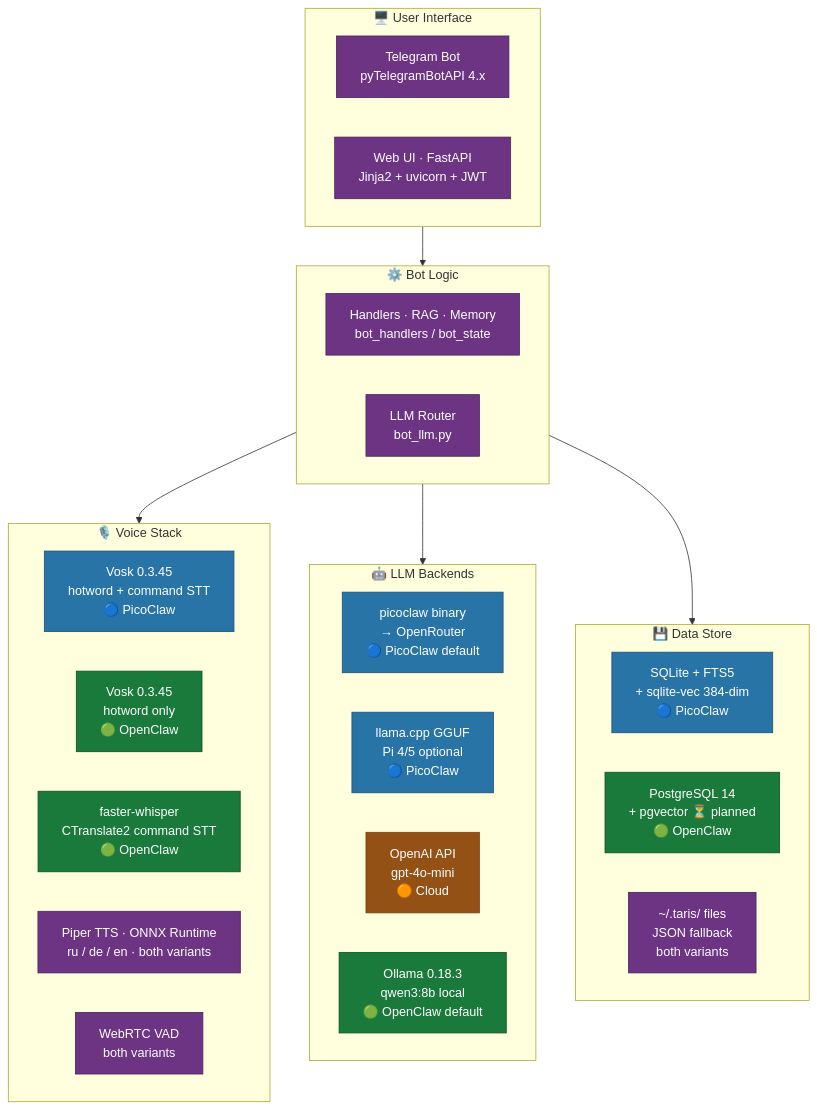
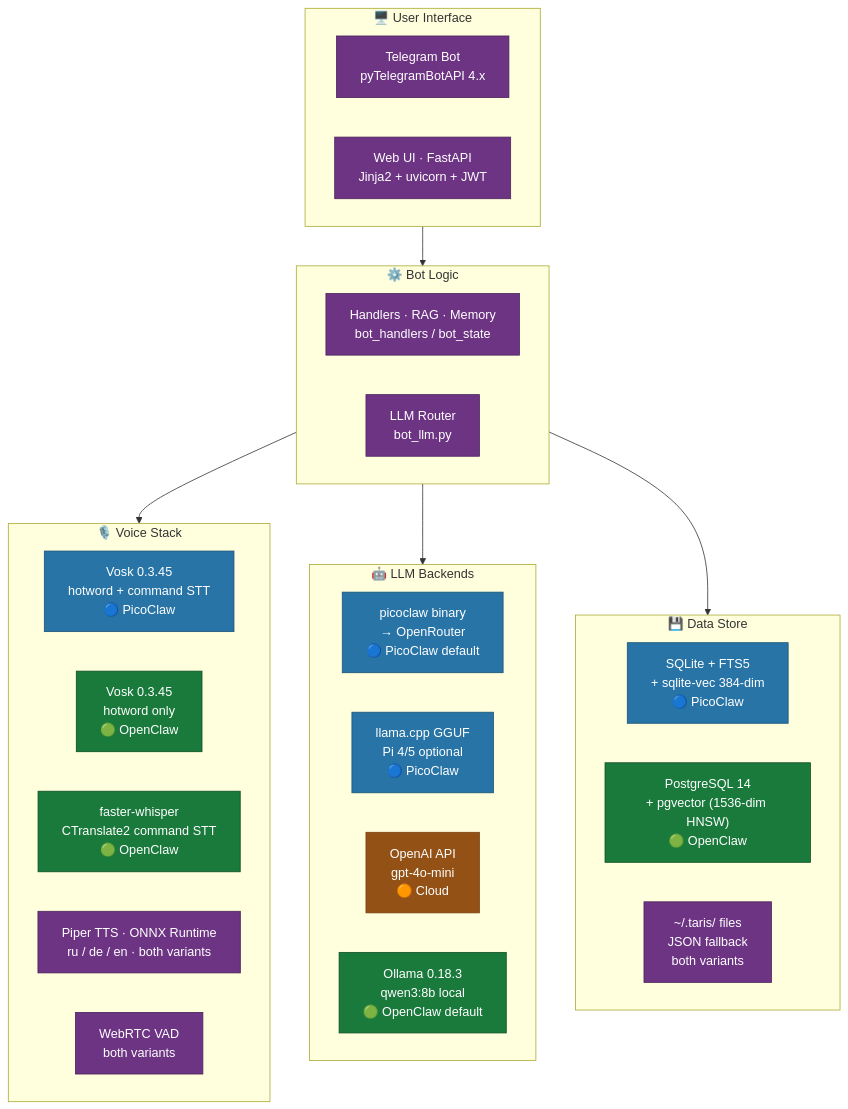
The second of 3 diagrams in doc/architecture/stacks.md (stas-ka/sintaris-pl), drawn with Mermaid before and after one commit. The commit also changed other lines of this file and 6 other files, not shown here.

````diff
--- a/doc/architecture/stacks.md
+++ b/doc/architecture/stacks.md
@@ -51,43 +51,43 @@
 ```mermaid
 flowchart TB
     classDef pc    fill:#2874A6,stroke:#1A5276,color:#fff
     classDef oc    fill:#1A7A3C,stroke:#0E4D24,color:#fff
     classDef both  fill:#6C3483,stroke:#4A235A,color:#fff
     classDef cloud fill:#935116,stroke:#784212,color:#fff
 
     subgraph UI["🖥️ User Interface"]
         TG["Telegram Bot\npyTelegramBotAPI 4.x"]:::both
         WEB["Web UI · FastAPI\nJinja2 + uvicorn + JWT"]:::both
     end
 
     subgraph LOGIC["⚙️ Bot Logic"]
         CORE["Handlers · RAG · Memory\nbot_handlers / bot_state"]:::both
         LLMR["LLM Router\nbot_llm.py"]:::both
     end
 
     subgraph VOICE["🎙️ Voice Stack"]
         VOSK_PC["Vosk 0.3.45\nhotword + command STT\n🔵 PicoClaw"]:::pc
         VOSK_OC["Vosk 0.3.45\nhotword only\n🟢 OpenClaw"]:::oc
         FW["faster-whisper\nCTranslate2 command STT\n🟢 OpenClaw"]:::oc
         PIPER["Piper TTS · ONNX Runtime\nru / de / en · both variants"]:::both
         VAD["WebRTC VAD\nboth variants"]:::both
     end
 
     subgraph LLM["🤖 LLM Backends"]
         PC_LLM["picoclaw binary\n→ OpenRouter\n🔵 PicoClaw default"]:::pc
         LLAMA["llama.cpp GGUF\nPi 4/5 optional\n🔵 PicoClaw"]:::pc
         OAI["OpenAI API\ngpt-4o-mini\n🟠 Cloud"]:::cloud
         OLL["Ollama 0.18.3\nqwen3:8b local\n🟢 OpenClaw default"]:::oc
     end
 
     subgraph DATA["💾 Data Store"]
         SQLITE["SQLite + FTS5\n+ sqlite-vec 384-dim\n🔵 PicoClaw"]:::pc
-        PG["PostgreSQL 14\n+ pgvector ⏳ planned\n🟢 OpenClaw"]:::oc
+        PG["PostgreSQL 14\n+ pgvector (1536-dim HNSW)\n🟢 OpenClaw"]:::oc
         FILES["~/.taris/ files\nJSON fallback\nboth variants"]:::both
     end
 
     UI --> LOGIC
     LOGIC --> VOICE
     LOGIC --> LLM
     LOGIC --> DATA
 ```
````
